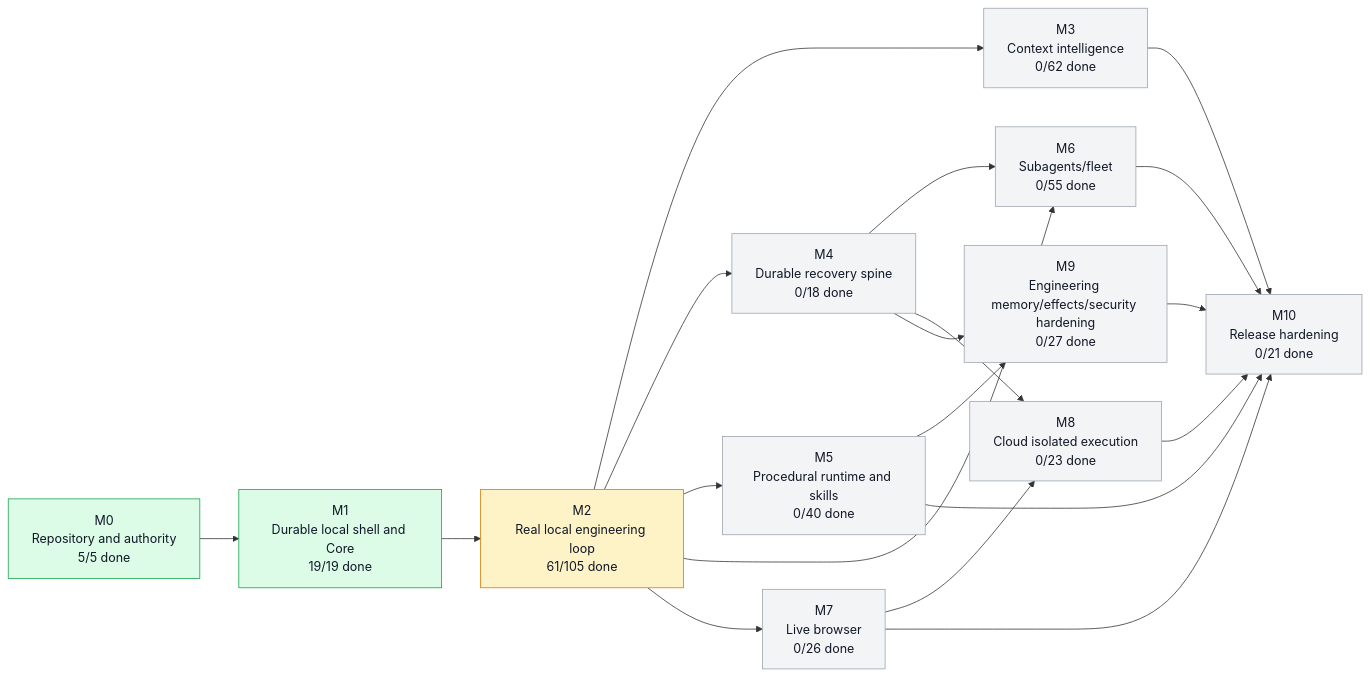
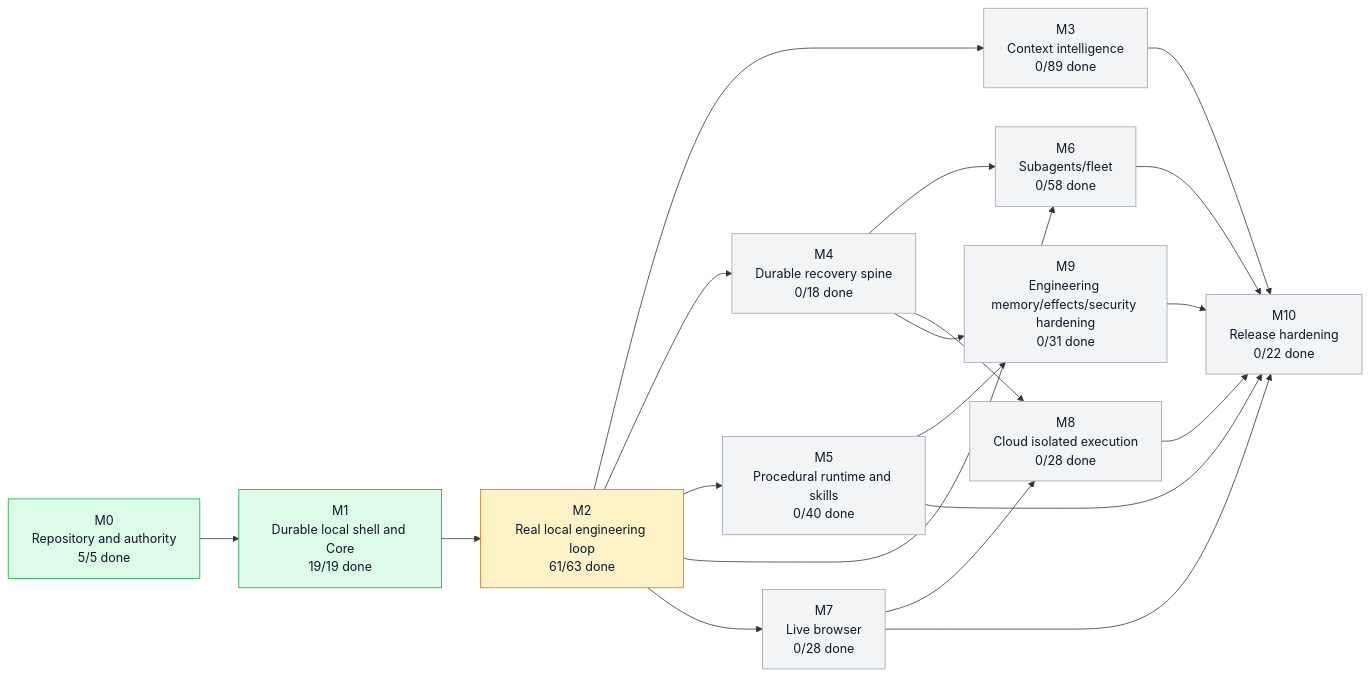
The first of 5 diagrams in graph/PROJECT_GRAPH.md (moss101/modbit), drawn with Mermaid before and after one commit. The commit also changed other lines of this file and 6 other files, not shown here.

````diff
--- a/graph/PROJECT_GRAPH.md
+++ b/graph/PROJECT_GRAPH.md
@@ -57,43 +57,43 @@
 ```mermaid
 flowchart LR
   M0["M0<br/>Repository and authority<br/>5/5 done"]
   M1["M1<br/>Durable local shell and Core<br/>19/19 done"]
-  M2["M2<br/>Real local engineering loop<br/>61/105 done"]
-  M3["M3<br/>Context intelligence<br/>0/62 done"]
+  M2["M2<br/>Real local engineering loop<br/>61/63 done"]
+  M3["M3<br/>Context intelligence<br/>0/89 done"]
   M4["M4<br/>Durable recovery spine<br/>0/18 done"]
   M5["M5<br/>Procedural runtime and skills<br/>0/40 done"]
-  M6["M6<br/>Subagents/fleet<br/>0/55 done"]
-  M7["M7<br/>Live browser<br/>0/26 done"]
-  M8["M8<br/>Cloud isolated execution<br/>0/23 done"]
-  M9["M9<br/>Engineering memory/effects/security hardening<br/>0/27 done"]
-  M10["M10<br/>Release hardening<br/>0/21 done"]
+  M6["M6<br/>Subagents/fleet<br/>0/58 done"]
+  M7["M7<br/>Live browser<br/>0/28 done"]
+  M8["M8<br/>Cloud isolated execution<br/>0/28 done"]
+  M9["M9<br/>Engineering memory/effects/security hardening<br/>0/31 done"]
+  M10["M10<br/>Release hardening<br/>0/22 done"]
   M0 --> M1
   M1 --> M2
   M2 --> M3
   M2 --> M4
   M2 --> M5
   M2 --> M6
   M4 --> M6
   M2 --> M7
   M4 --> M8
   M7 --> M8
   M4 --> M9
   M5 --> M9
   M3 --> M10
   M5 --> M10
   M6 --> M10
   M7 --> M10
   M8 --> M10
   M9 --> M10
   style M0 fill:#dcfce7,stroke:#16a34a,color:#111827
   style M1 fill:#dcfce7,stroke:#16a34a,color:#111827
   style M2 fill:#fef3c7,stroke:#d97706,color:#111827
   style M3 fill:#f3f4f6,stroke:#9ca3af,color:#111827
   style M4 fill:#f3f4f6,stroke:#9ca3af,color:#111827
   style M5 fill:#f3f4f6,stroke:#9ca3af,color:#111827
   style M6 fill:#f3f4f6,stroke:#9ca3af,color:#111827
   style M7 fill:#f3f4f6,stroke:#9ca3af,color:#111827
   style M8 fill:#f3f4f6,stroke:#9ca3af,color:#111827
   style M9 fill:#f3f4f6,stroke:#9ca3af,color:#111827
   style M10 fill:#f3f4f6,stroke:#9ca3af,color:#111827
 ```
````
